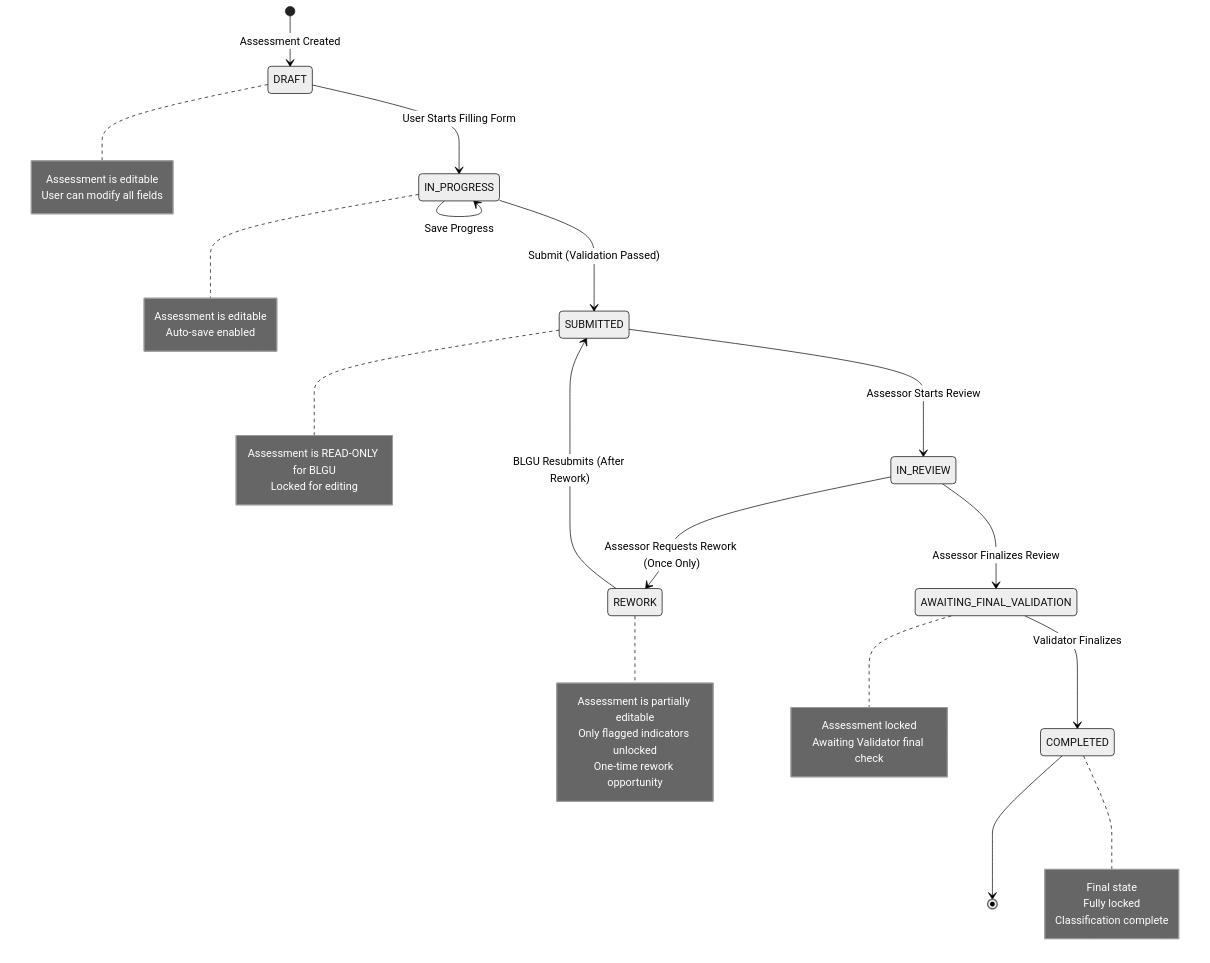
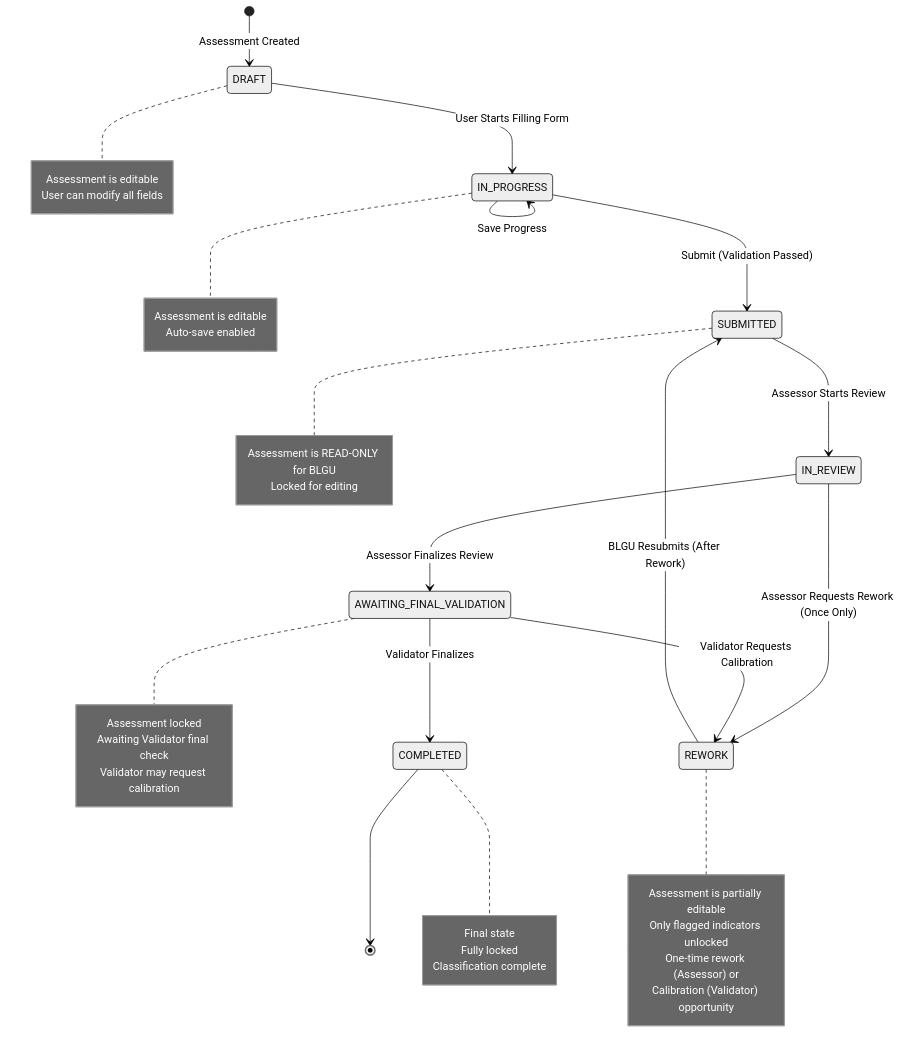
Before and after one commit to generyand/sinag: the second of 3 diagrams in docs/workflows/blgu-assessment.md, drawn with Mermaid (neutral theme). The commit also changed other lines of this file and 15 other files, not shown here.

First line of the commit message:
feat: Implement Validator Calibration, Parallel Calibration, and AI Summaries

````diff
--- a/docs/workflows/blgu-assessment.md
+++ b/docs/workflows/blgu-assessment.md
@@ -78,51 +83,54 @@
 ```mermaid
 stateDiagram-v2
     [*] --> DRAFT: Assessment Created
 
     DRAFT --> IN_PROGRESS: User Starts Filling Form
     IN_PROGRESS --> IN_PROGRESS: Save Progress
     IN_PROGRESS --> SUBMITTED: Submit (Validation Passed)
 
     SUBMITTED --> IN_REVIEW: Assessor Starts Review
 
     IN_REVIEW --> REWORK: Assessor Requests Rework (Once Only)
     IN_REVIEW --> AWAITING_FINAL_VALIDATION: Assessor Finalizes Review
 
     REWORK --> SUBMITTED: BLGU Resubmits (After Rework)
 
+    AWAITING_FINAL_VALIDATION --> REWORK: Validator Requests Calibration
     AWAITING_FINAL_VALIDATION --> COMPLETED: Validator Finalizes
 
     COMPLETED --> [*]
 
     note right of DRAFT
         Assessment is editable
         User can modify all fields
     end note
 
     note right of IN_PROGRESS
         Assessment is editable
         Auto-save enabled
     end note
 
     note right of SUBMITTED
         Assessment is READ-ONLY for BLGU
         Locked for editing
     end note
 
     note right of REWORK
         Assessment is partially editable
         Only flagged indicators unlocked
-        One-time rework opportunity
+        One-time rework (Assessor) or
+        Calibration (Validator) opportunity
     end note
 
     note right of AWAITING_FINAL_VALIDATION
         Assessment locked
         Awaiting Validator final check
+        Validator may request calibration
     end note
 
     note right of COMPLETED
         Final state
         Fully locked
         Classification complete
     end note
 ```
````
